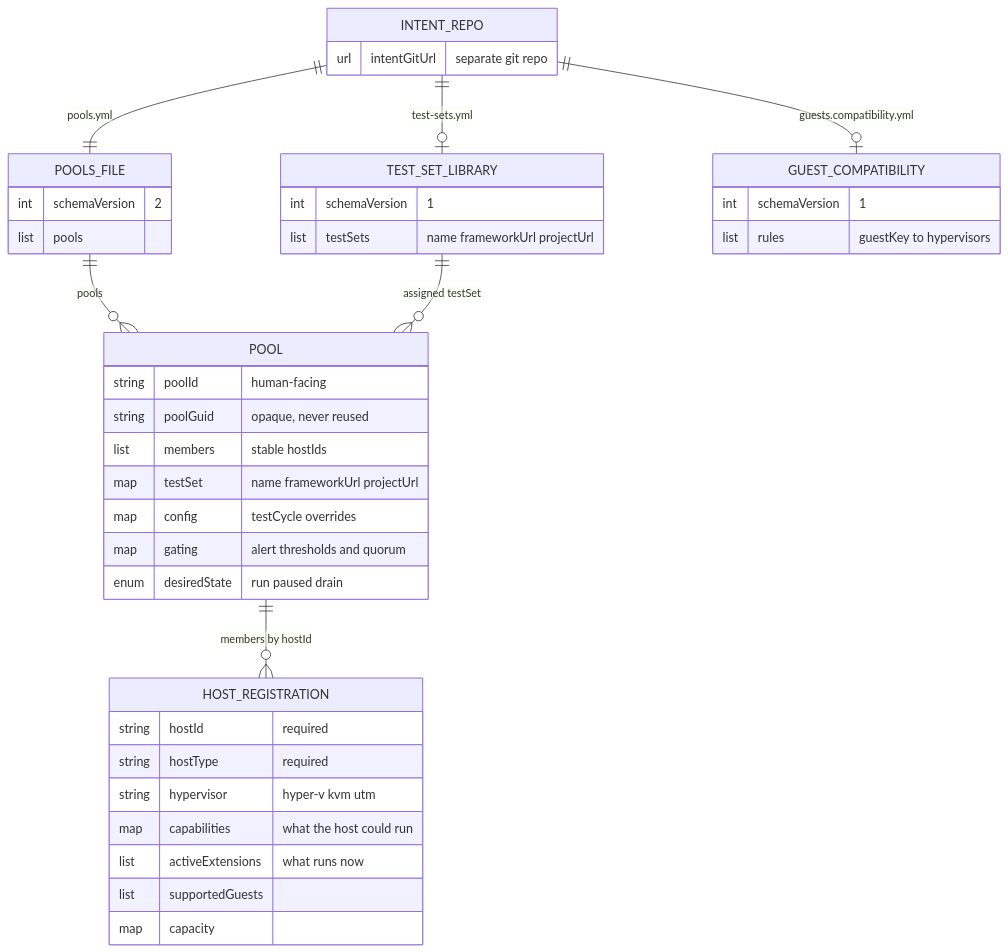
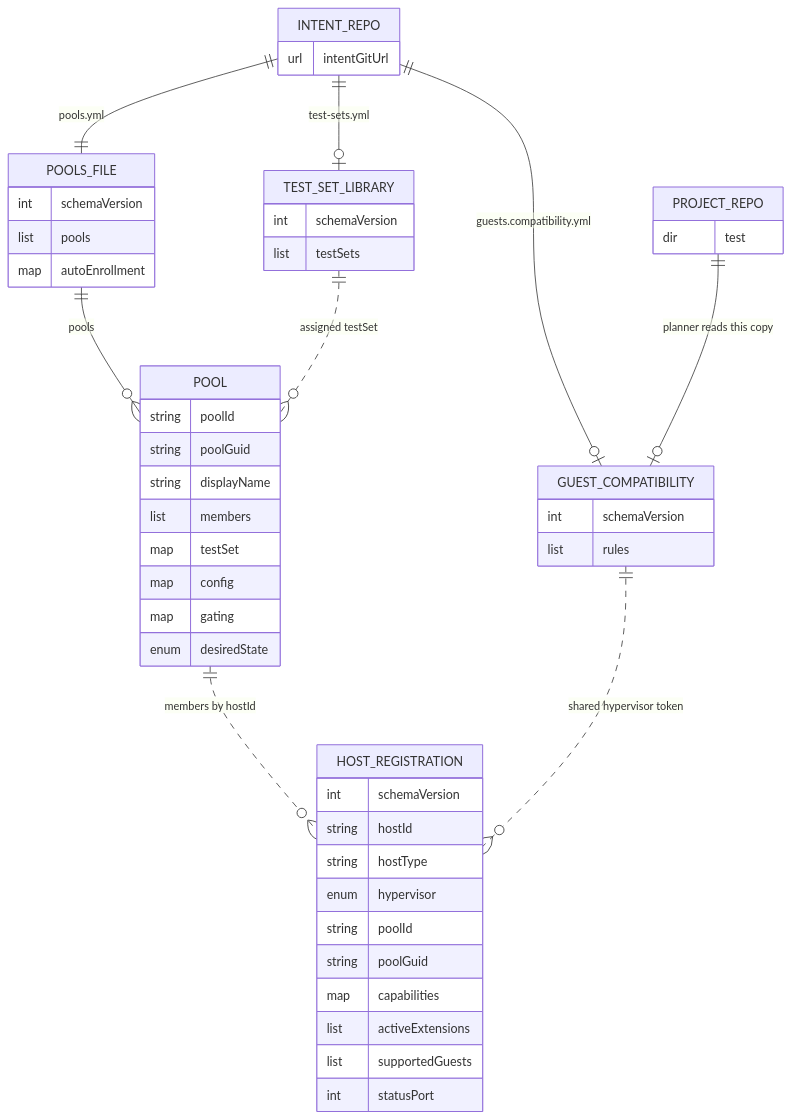
One commit to alissonsol/yuruna changed the fourth of 4 diagrams in docs/design/05-data-model.md. Above: the diagram before and after it, drawn with Mermaid. The commit also changed other lines of this file and 652 other files, not shown here.

````diff
--- a/docs/design/05-data-model.md
+++ b/docs/design/05-data-model.md
@@ -304,43 +461,54 @@
 ```mermaid
 erDiagram
-    INTENT_REPO ||--|| POOLS_FILE : pools.yml
-    INTENT_REPO ||--o| TEST_SET_LIBRARY : test-sets.yml
-    INTENT_REPO ||--o| GUEST_COMPATIBILITY : guests.compatibility.yml
-    POOLS_FILE ||--o{ POOL : pools
-    POOL ||--o{ HOST_REGISTRATION : "members by hostId"
-    TEST_SET_LIBRARY ||--o{ POOL : "assigned testSet"
+    INTENT_REPO ||--|| POOLS_FILE : "pools.yml"
+    INTENT_REPO ||--o| TEST_SET_LIBRARY : "test-sets.yml"
+    INTENT_REPO ||--o| GUEST_COMPATIBILITY : "guests.compatibility.yml"
+    POOLS_FILE ||--o{ POOL : "pools"
+    POOL ||..o{ HOST_REGISTRATION : "members by hostId"
+    TEST_SET_LIBRARY ||..o{ POOL : "assigned testSet"
+    PROJECT_REPO ||--o| GUEST_COMPATIBILITY : "planner reads this copy"
+    GUEST_COMPATIBILITY ||..o{ HOST_REGISTRATION : "shared hypervisor token"
+    %% planned: HOST_REGISTRATION.supportedGuests and .capacity are declared but null until populated
 
     INTENT_REPO {
-        url intentGitUrl "separate git repo"
+        url intentGitUrl
+    }
+    PROJECT_REPO {
+        dir test
     }
     POOLS_FILE {
-        int schemaVersion "2"
+        int schemaVersion
         list pools
+        map autoEnrollment
     }
     POOL {
-        string poolId "human-facing"
-        string poolGuid "opaque, never reused"
-        list members "stable hostIds"
-        map testSet "name frameworkUrl projectUrl"
-        map config "testCycle overrides"
-        map gating "alert thresholds and quorum"
-        enum desiredState "run paused drain"
+        string poolId
+        string poolGuid
+        string displayName
+        list members
+        map testSet
+        map config
+        map gating
+        enum desiredState
     }
     TEST_SET_LIBRARY {
-        int schemaVersion "1"
-        list testSets "name frameworkUrl projectUrl"
+        int schemaVersion
+        list testSets
     }
     GUEST_COMPATIBILITY {
-        int schemaVersion "1"
-        list rules "guestKey to hypervisors"
+        int schemaVersion
+        list rules
     }
     HOST_REGISTRATION {
-        string hostId "required"
-        string hostType "required"
-        string hypervisor "hyper-v kvm utm"
-        map capabilities "what the host could run"
-        list activeExtensions "what runs now"
+        int schemaVersion
+        string hostId
+        string hostType
+        enum hypervisor
+        string poolId
+        string poolGuid
+        map capabilities
+        list activeExtensions
         list supportedGuests
-        map capacity
+        int statusPort
     }
 ```
````
